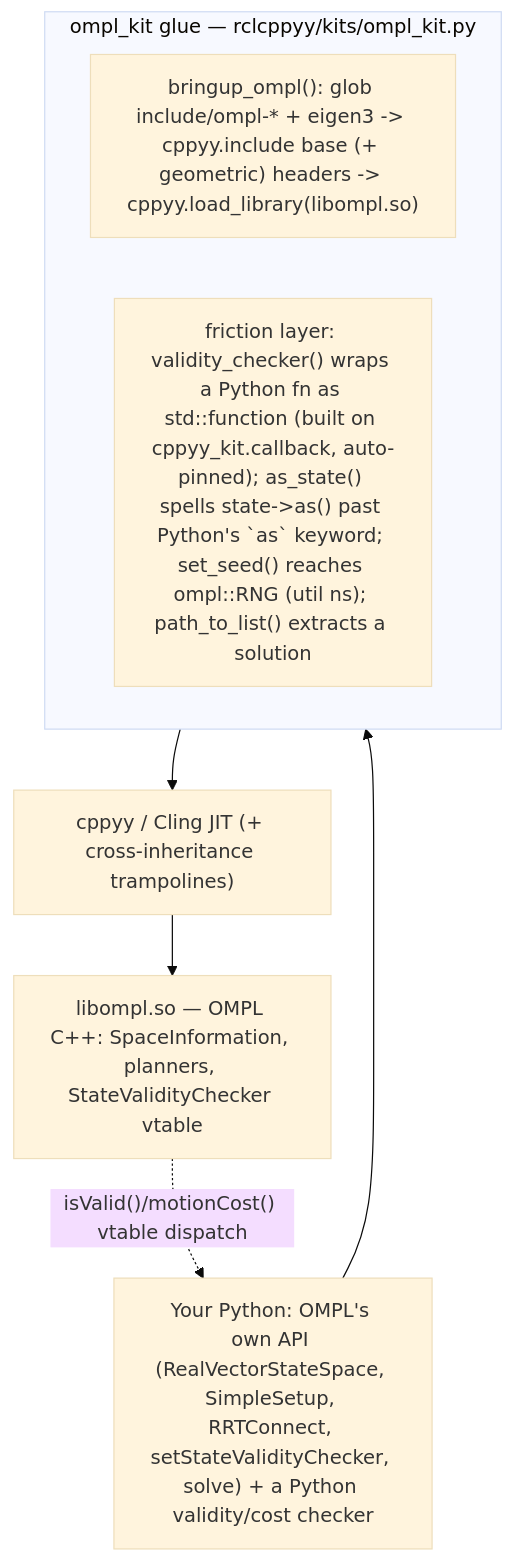
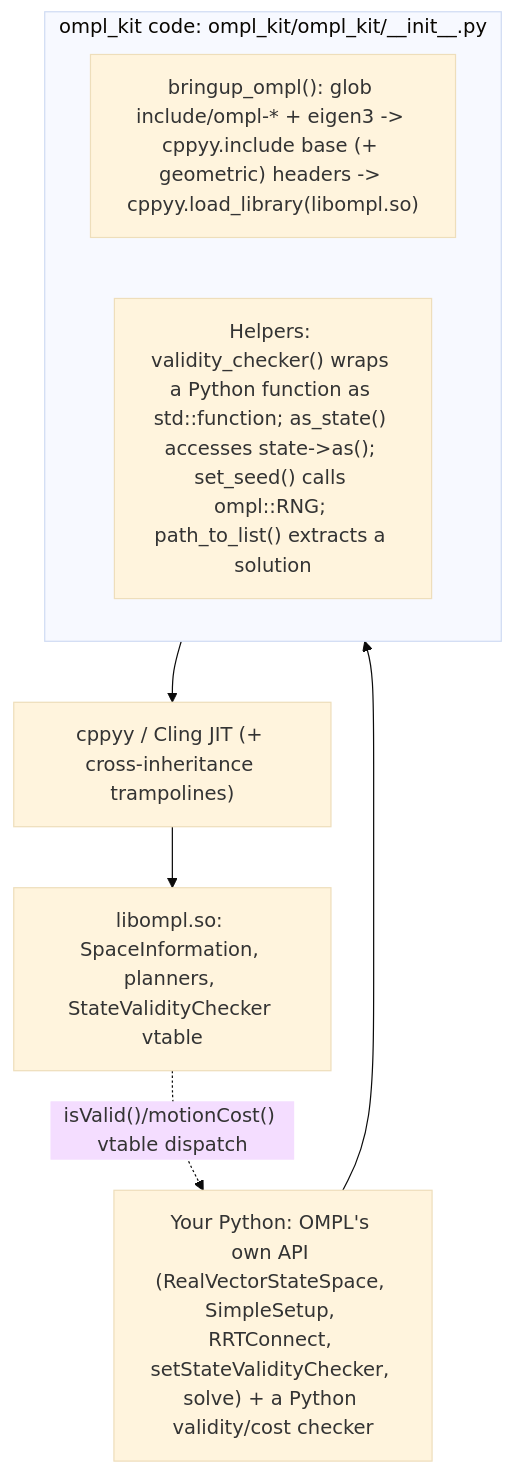
Before and after one commit to awesomebytes/cppyy_kit: the diagram in ompl_kit/REPORT.md, drawn with Mermaid (base theme). The commit also changed other lines of this file and 259 other files, not shown here.

````diff
--- a/ompl_kit/REPORT.md
+++ b/ompl_kit/REPORT.md
@@ -30,12 +27,12 @@
 ```mermaid
 flowchart TD
     U["Your Python: OMPL's own API (RealVectorStateSpace, SimpleSetup, RRTConnect, setStateValidityChecker, solve) + a Python validity/cost checker"]
-    subgraph KIT["ompl_kit glue — rclcppyy/kits/ompl_kit.py"]
+    subgraph KIT["ompl_kit code: ompl_kit/ompl_kit/__init__.py"]
       B["bringup_ompl(): glob include/ompl-* + eigen3 -> cppyy.include base (+ geometric) headers -> cppyy.load_library(libompl.so)"]
-      F["friction layer: validity_checker() wraps a Python fn as std::function<bool(const State*)> (built on cppyy_kit.callback, auto-pinned); as_state() spells state->as<T>() past Python's `as` keyword; set_seed() reaches ompl::RNG (util ns); path_to_list() extracts a solution"]
+      F["Helpers: validity_checker() wraps a Python function as std::function<bool(const State*)>; as_state() accesses state->as<T>(); set_seed() calls ompl::RNG; path_to_list() extracts a solution"]
     end
     J["cppyy / Cling JIT (+ cross-inheritance trampolines)"]
-    E["libompl.so — OMPL C++: SpaceInformation, planners, StateValidityChecker vtable"]
+    E["libompl.so: SpaceInformation, planners, StateValidityChecker vtable"]
     U --> KIT --> J --> E
     E -. "isValid()/motionCost() vtable dispatch" .-> U
 ```
````
